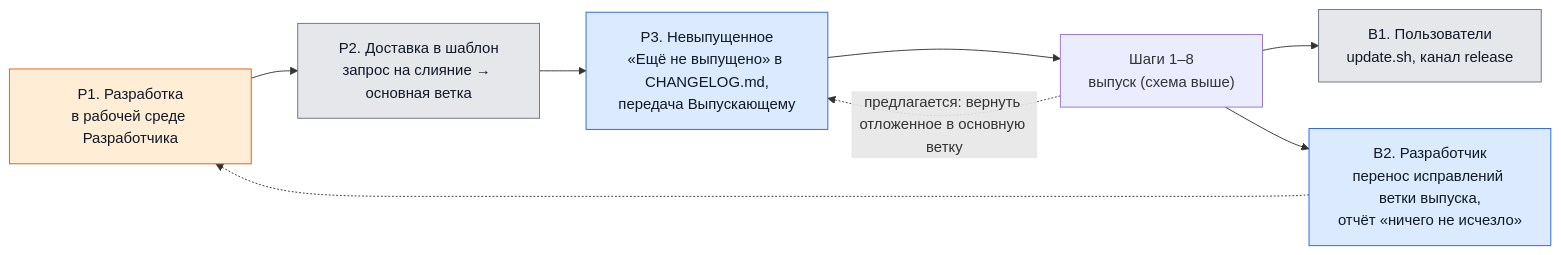
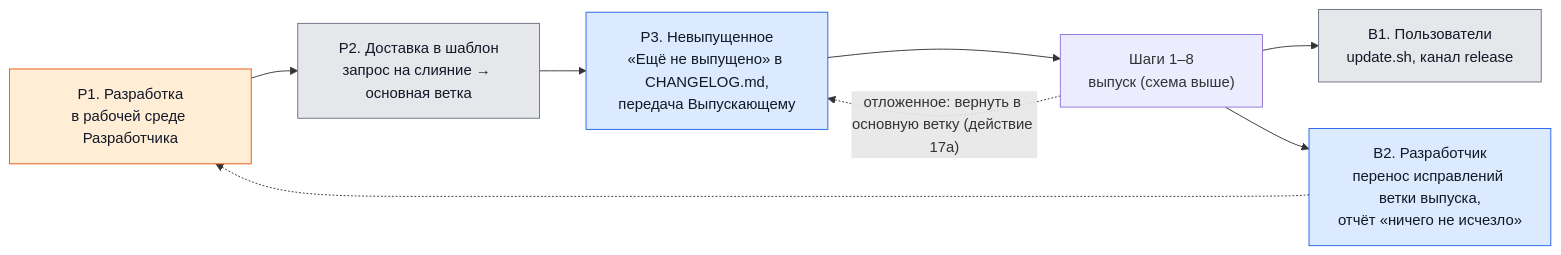
Before and after one commit to MimEcoSys/DS-iwe-releases: the second of 2 diagrams in method/pipeline.md, drawn with Mermaid. The commit also changed other lines of this file and 8 other files, not shown here.

````diff
--- a/method/pipeline.md
+++ b/method/pipeline.md
@@ -51,20 +51,20 @@
 ```mermaid
 flowchart LR
     D1["Р1. Разработка<br/>в рабочей среде Разработчика"]
     D2["Р2. Доставка в шаблон<br/>запрос на слияние → основная ветка"]
     D3["Р3. Невыпущенное<br/>«Ещё не выпущено» в CHANGELOG.md,<br/>передача Выпускающему"]
     REL["Шаги 1–8<br/>выпуск (схема выше)"]
     U1["В1. Пользователи<br/>update.sh, канал release"]
     U2["В2. Разработчик<br/>перенос исправлений ветки выпуска,<br/>отчёт «ничего не исчезло»"]
     D1 --> D2 --> D3 --> REL
     REL --> U1
     REL --> U2
     U2 -.-> D1
-    REL -. "предлагается: вернуть отложенное в основную ветку" .-> D3
+    REL -. "отложенное: вернуть в основную ветку (действие 17а)" .-> D3
     classDef program fill:#e5e7eb,stroke:#6b7280,color:#111827
     classDef agent fill:#dbeafe,stroke:#2563eb,color:#111827
     classDef human fill:#ffedd5,stroke:#ea580c,color:#111827
     class D2,U1 program
     class D3,U2 agent
     class D1 human
 ```
````
